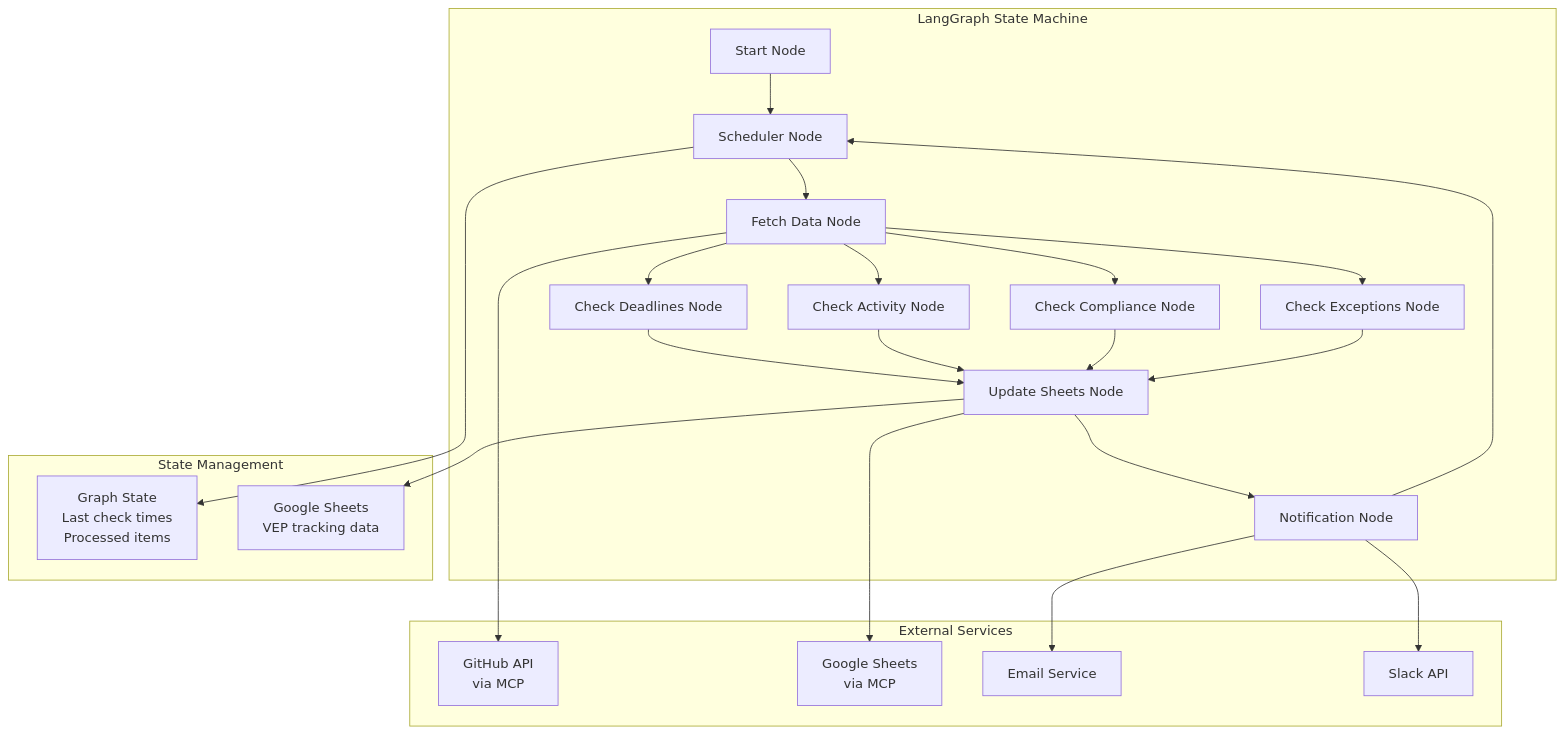
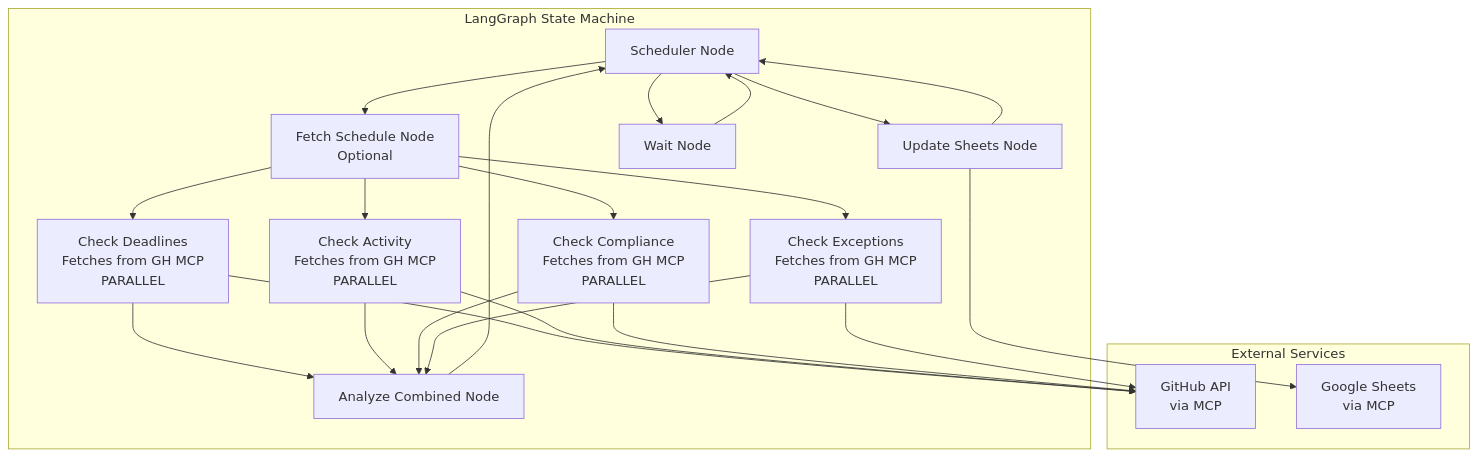
Before and after one commit to iholder101/vep-police-agent: the diagram in plan/plan.md, drawn with Mermaid. The commit also changed other lines of this file and 2 other files, not shown here.

````diff
--- a/plan/plan.md
+++ b/plan/plan.md
@@ -9,37 +52,30 @@
 ```mermaid
 graph TB
     subgraph "LangGraph State Machine"
-        Start[Start Node] --> Scheduler[Scheduler Node]
-        Scheduler --> FetchData[Fetch Data Node]
-        FetchData --> CheckDeadlines[Check Deadlines Node]
-        FetchData --> CheckActivity[Check Activity Node]
-        FetchData --> CheckCompliance[Check Compliance Node]
-        FetchData --> CheckExceptions[Check Exceptions Node]
-        CheckDeadlines --> UpdateSheets[Update Sheets Node]
-        CheckActivity --> UpdateSheets
-        CheckCompliance --> UpdateSheets
-        CheckExceptions --> UpdateSheets
-        UpdateSheets --> Notify[Notification Node]
-        Notify --> Scheduler
+        Scheduler[Scheduler Node] --> FetchSchedule[Fetch Schedule Node<br/>Optional]
+        FetchSchedule --> CheckDeadlines[Check Deadlines<br/>Fetches from GH MCP<br/>PARALLEL]
+        FetchSchedule --> CheckActivity[Check Activity<br/>Fetches from GH MCP<br/>PARALLEL]
+        FetchSchedule --> CheckCompliance[Check Compliance<br/>Fetches from GH MCP<br/>PARALLEL]
+        FetchSchedule --> CheckExceptions[Check Exceptions<br/>Fetches from GH MCP<br/>PARALLEL]
+        CheckDeadlines --> Analyze[Analyze Combined Node]
+        CheckActivity --> Analyze
+        CheckCompliance --> Analyze
+        CheckExceptions --> Analyze
+        Analyze --> Scheduler
+        Scheduler --> UpdateSheets[Update Sheets Node]
+        Scheduler --> Wait[Wait Node]
+        UpdateSheets --> Scheduler
+        Wait --> Scheduler
     end
     
     subgraph "External Services"
         GitHub[GitHub API<br/>via MCP]
         Sheets[Google Sheets<br/>via MCP]
-        Email[Email Service]
-        Slack[Slack API]
     end
     
-    FetchData --> GitHub
+    CheckDeadlines --> GitHub
+    CheckActivity --> GitHub
+    CheckCompliance --> GitHub
+    CheckExceptions --> GitHub
     UpdateSheets --> Sheets
-    Notify --> Email
-    Notify --> Slack
-    
-    subgraph "State Management"
-        GraphState[Graph State<br/>Last check times<br/>Processed items]
-        SheetsState[Google Sheets<br/>VEP tracking data]
-    end
-    
-    Scheduler --> GraphState
-    UpdateSheets --> SheetsState
 ```
````
